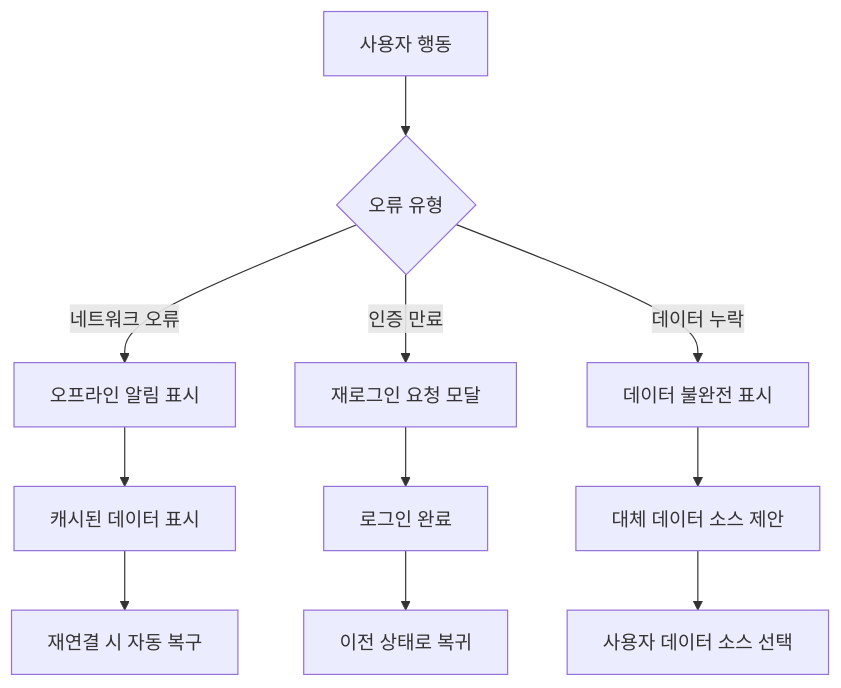
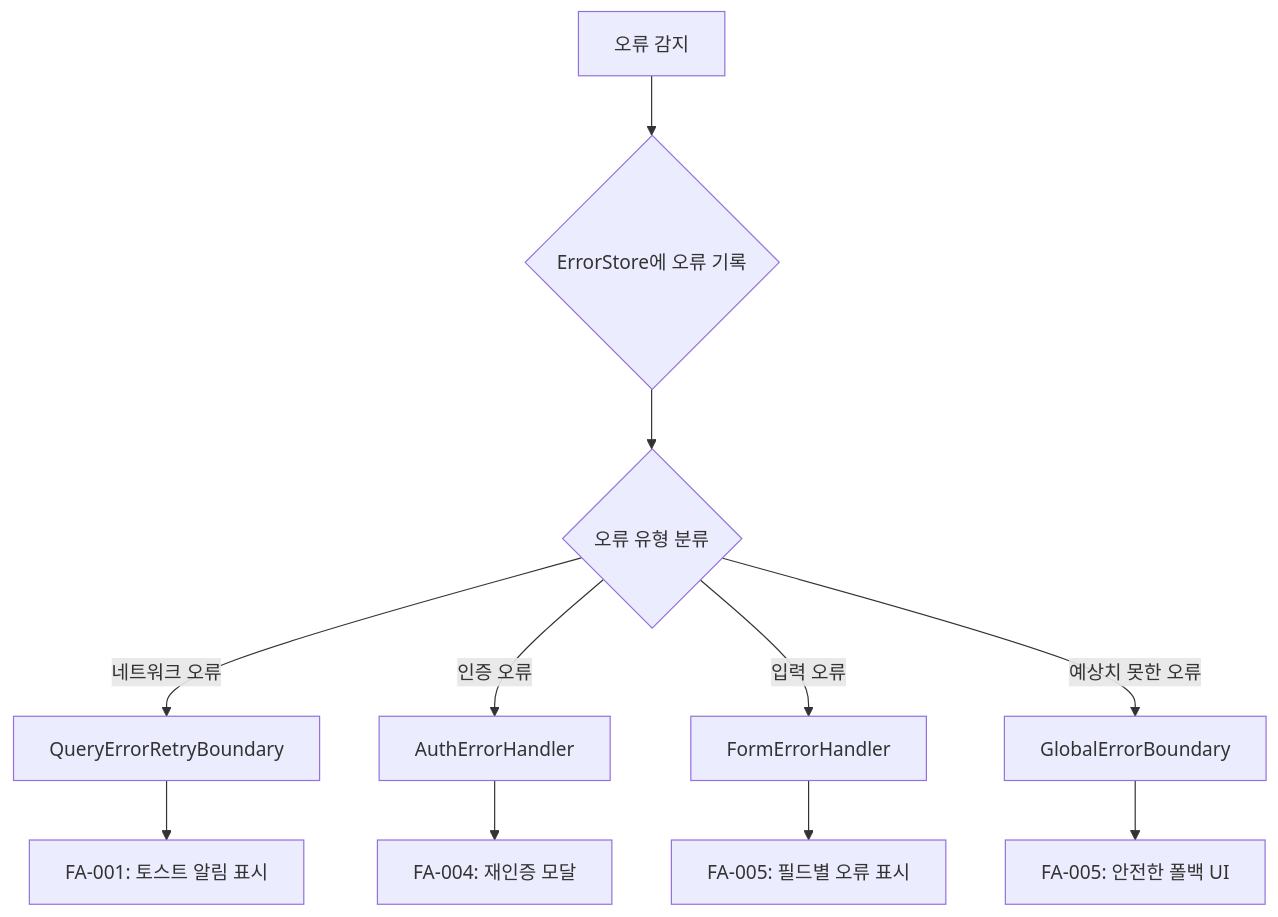
One commit to Seungwoo321/etorch-docs changed diagram 19 of 19 in ui-design/user-flows.md. Above: the diagram before and after it, drawn with Mermaid. The commit also changed other lines of this file, not shown here.

Commit message:
docs: 사용자 프름 문서 업데이트

````diff
--- a/ui-design/user-flows.md
+++ b/ui-design/user-flows.md
@@ -785,16 +709,15 @@
 ```mermaid
 flowchart TD
-    A[사용자 행동] --> B{오류 유형}
+    A[오류 감지] --> B{ErrorStore에 오류 기록}
+    B --> C{오류 유형 분류}
     
-    B -->|네트워크 오류| C[오프라인 알림 표시]
-    C --> D[캐시된 데이터 표시]
-    D --> E[재연결 시 자동 복구]
+    C -->|네트워크 오류| D[QueryErrorRetryBoundary]
+    C -->|인증 오류| E[AuthErrorHandler]
+    C -->|입력 오류| F[FormErrorHandler]
+    C -->|예상치 못한 오류| G[GlobalErrorBoundary]
     
-    B -->|인증 만료| F[재로그인 요청 모달]
-    F --> G[로그인 완료]
-    G --> H[이전 상태로 복귀]
-    
-    B -->|데이터 누락| I[데이터 불완전 표시]
-    I --> J[대체 데이터 소스 제안]
-    J --> K[사용자 데이터 소스 선택]
+    D --> H[FA-001: 토스트 알림 표시]
+    E --> I[FA-004: 재인증 모달]
+    F --> J[FA-005: 필드별 오류 표시]
+    G --> K[FA-005: 안전한 폴백 UI]
 ```
````
